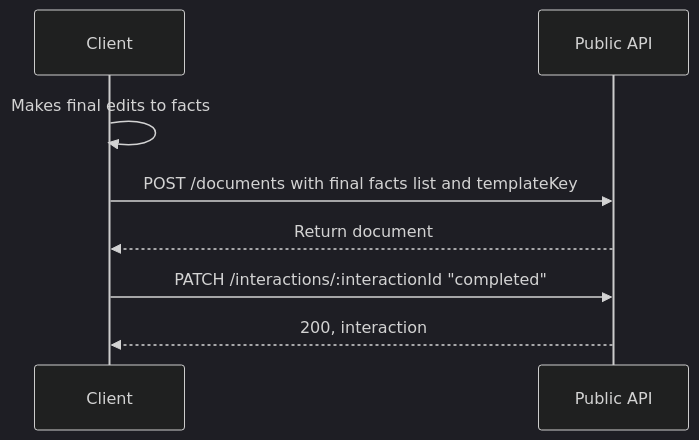
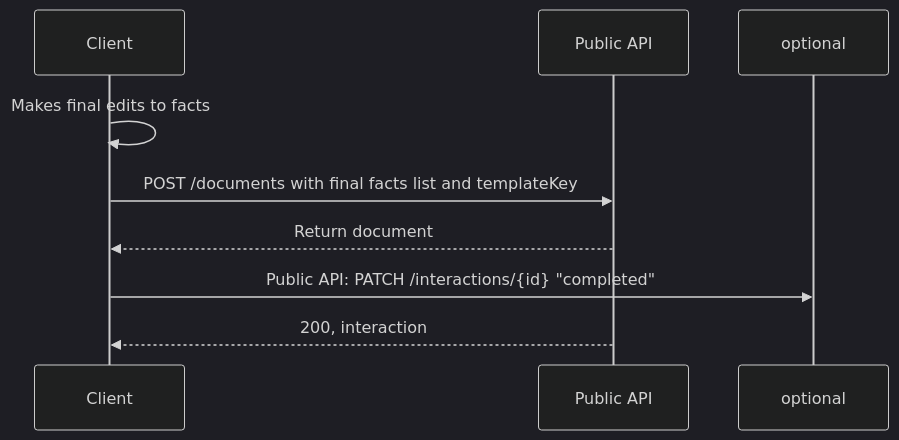
The diagram in get_started/templates.mdx (corticph/docs_corti), drawn with Mermaid (dark theme) before and after one commit. The commit also changed other lines of this file, not shown here.

````diff
--- a/get_started/templates.mdx
+++ b/get_started/templates.mdx
@@ -51,12 +57,12 @@
  ```mermaid
        sequenceDiagram
        participant Client
        participant Public API
 
        Client->>Client: Makes final edits to facts
        Client->>Public API: POST /documents with final facts list and templateKey
        Public API-->>Client: Return document
 
-       Client ->> Public API: PATCH /interactions/:interactionId "completed"
+       Client ->> optional: Public API: PATCH /interactions/{id} "completed"
        Public API -->> Client: 200, interaction
     ```
````
